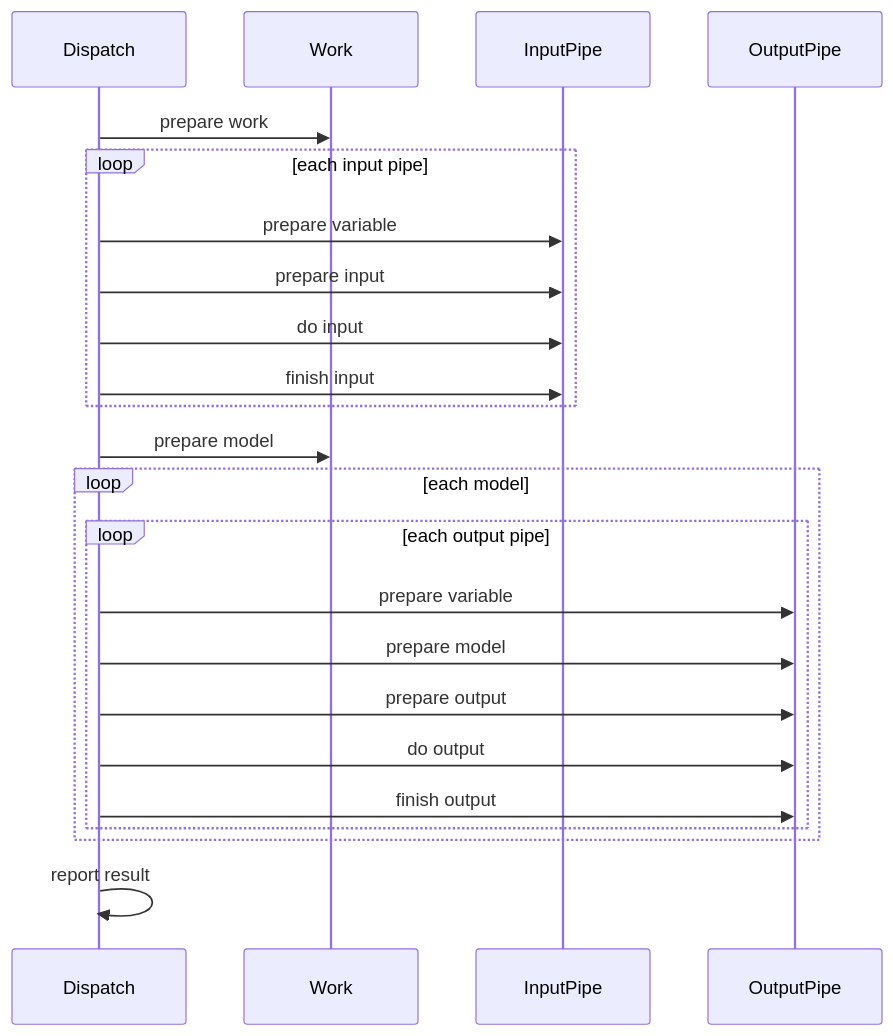
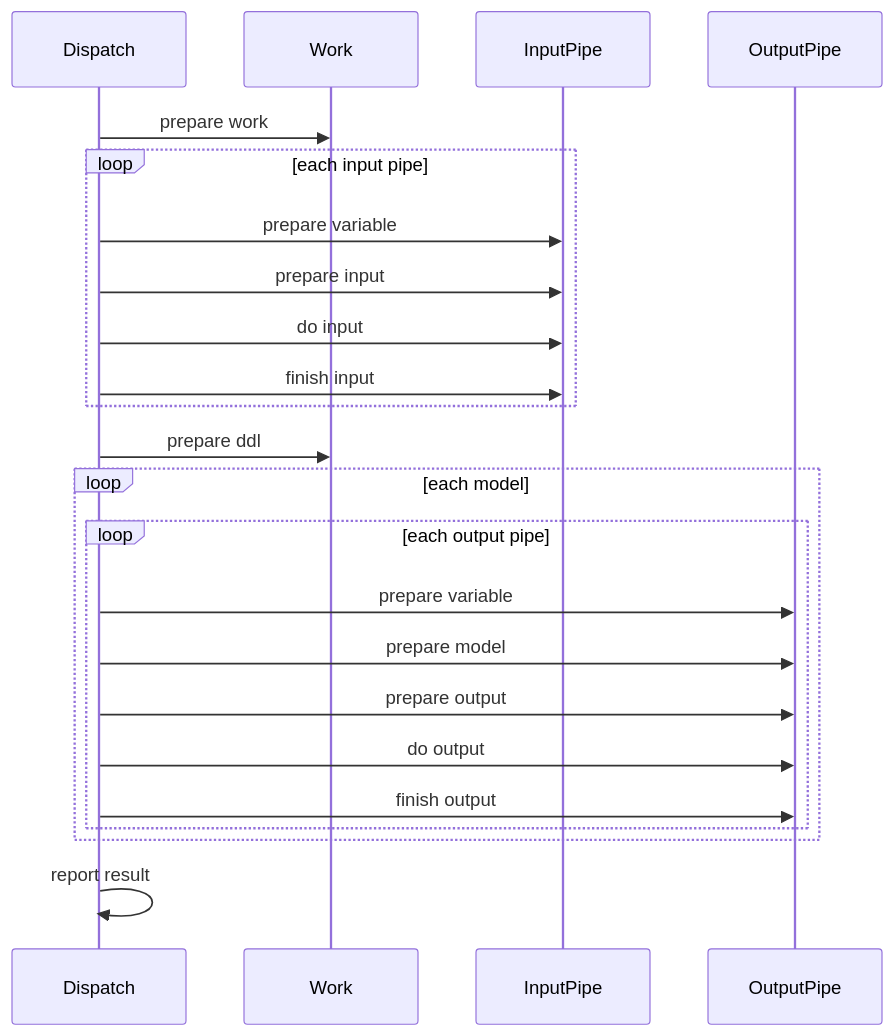
Before and after one commit to athinboy/mystudy: the second of 2 diagrams in dotnet/src/VSExtension/DBToClass/readme.md, drawn with Mermaid. The commit also changed other lines of this file and 47 other files, not shown here.

````diff
--- a/dotnet/src/VSExtension/DBToClass/readme.md
+++ b/dotnet/src/VSExtension/DBToClass/readme.md
@@ -44,22 +44,22 @@
 ```mermaid
     sequenceDiagram 
     Dispatch ->> Work: prepare work    
     loop each input pipe
          
         Dispatch ->> InputPipe: prepare variable
         Dispatch ->> InputPipe: prepare input
         Dispatch ->> InputPipe: do input
         Dispatch ->> InputPipe: finish input 
     end     
-    Dispatch ->> Work:prepare model
+    Dispatch ->> Work:prepare ddl
     loop each model
         loop each output pipe
             Dispatch ->> OutputPipe: prepare variable
             Dispatch ->> OutputPipe: prepare model
             Dispatch ->> OutputPipe: prepare output
             Dispatch ->> OutputPipe: do output       
             Dispatch ->> OutputPipe: finish output 
         end
     end
     Dispatch ->> Dispatch: report result
 ```
````
